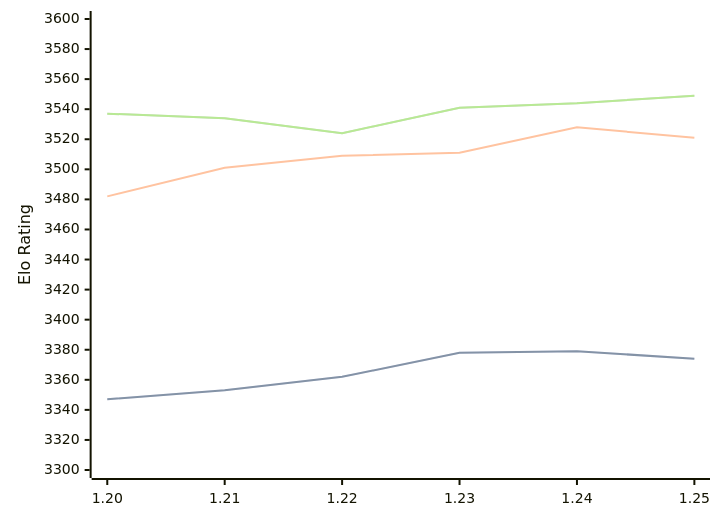
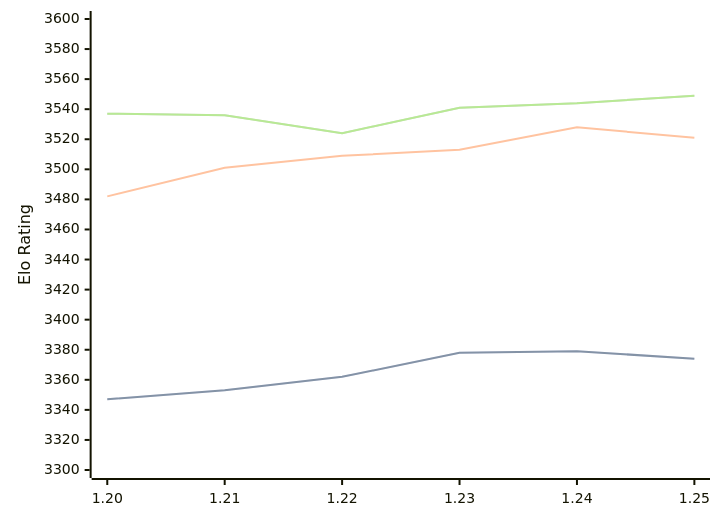
The diagram in engines/Caissa.md (computer-chess-index/cci), drawn with Mermaid before and after one commit. The commit also changed other lines of this file, not shown here.

Commit message:
Update CCI Ratings (ELO VLTC) - 2026-08-01

````diff
--- a/engines/Caissa.md
+++ b/engines/Caissa.md
@@ -65,11 +65,11 @@
 ```mermaid
 %%{init: {"theme":"base","themeVariables":{"seriesColors:['#a3a3a3','#222221','#faa371']}}}%%
 xychart-beta
   x-axis ["1.20", "1.21", "1.22", "1.23", "1.24", "1.25"]
   y-axis "Elo Rating" 3300 --> 3600
   line "STC (8.0+0.08s)" [3347, 3353, 3362, 3378, 3379, 3374]
   line "STC (8.0+0.08s)" [3347, 3353, 3362, 3378, 3379, 3374]
-  line "LTC (60.0+0.60s)" [3482, 3501, 3509, 3511, 3528, 3521]
-  line "VLTC (2m24s+1.12s)" [3537, 3534, 3524, 3541, 3544, 3549]
-  line "VLTC (2m24s+1.12s)" [3537, 3534, 3524, 3541, 3544, 3549]
+  line "LTC (60.0+0.60s)" [3482, 3501, 3509, 3513, 3528, 3521]
+  line "VLTC (2m24s+1.12s)" [3537, 3536, 3524, 3541, 3544, 3549]
+  line "VLTC (2m24s+1.12s)" [3537, 3536, 3524, 3541, 3544, 3549]
 ```
````
